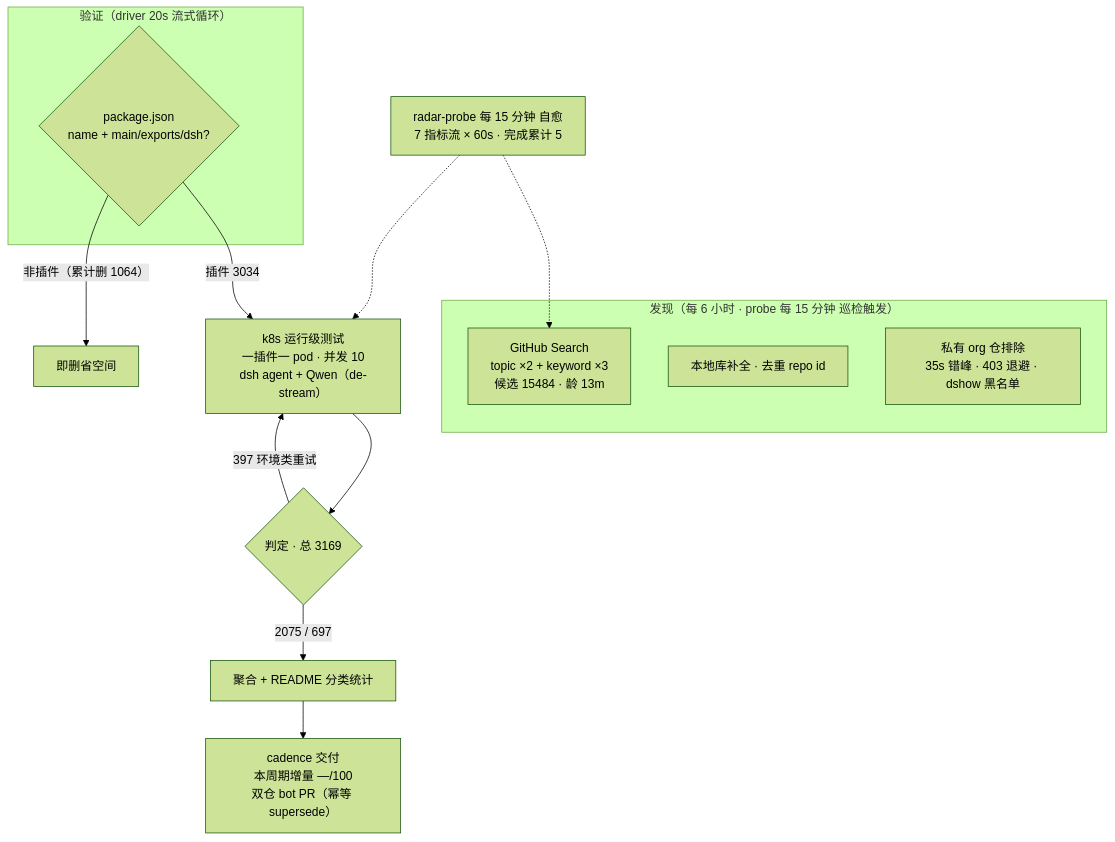
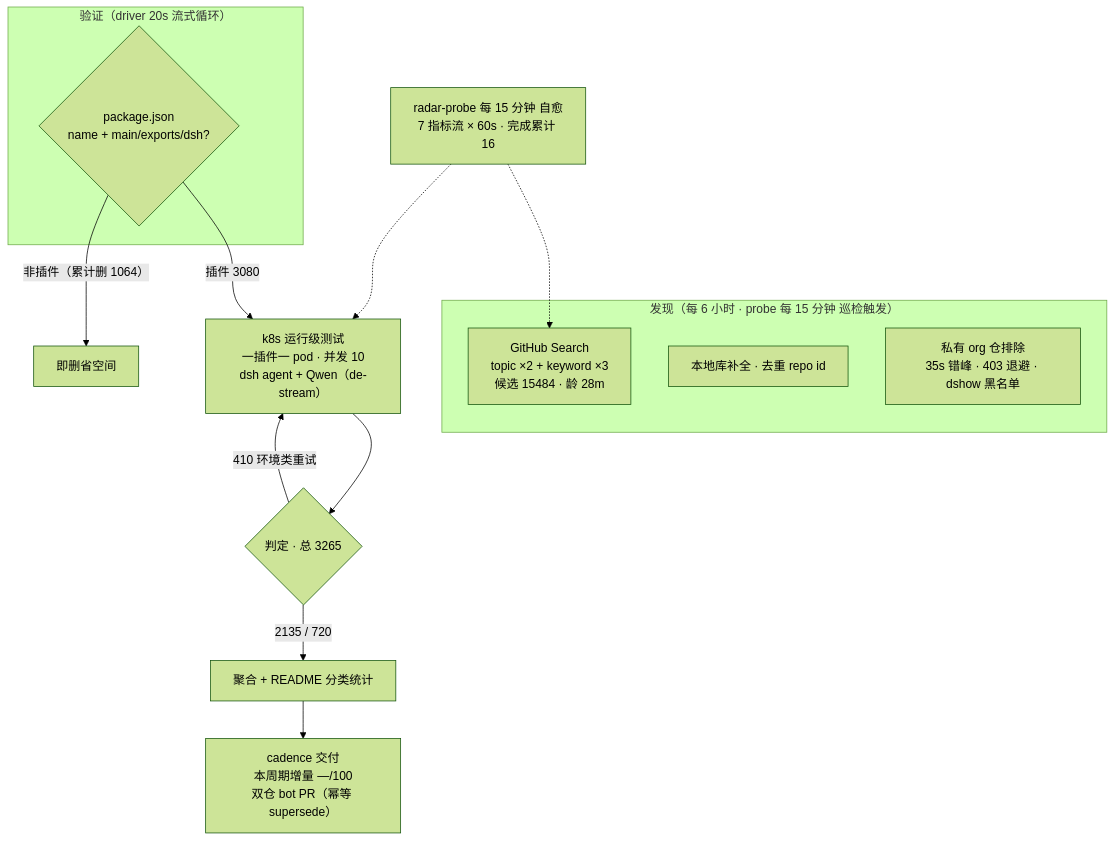
Before and after one commit to Zhidao-Lab-OSS/awesome-dsh-plugins: the diagram in README.md, drawn with Mermaid (forest theme). The commit also changed other lines of this file and 1 other file, not shown here.

````diff
--- a/README.md
+++ b/README.md
@@ -37,20 +37,20 @@
 ```mermaid
 flowchart TB
     subgraph Discovery["发现（每 6 小时 · probe 每 15 分钟 巡检触发）"]
-        A1["GitHub Search<br/>topic ×2 + keyword ×3<br/>候选 15484 · 龄 13m"]
+        A1["GitHub Search<br/>topic ×2 + keyword ×3<br/>候选 15484 · 龄 28m"]
         A2["本地库补全 · 去重 repo id"]
         A3["私有 org 仓排除<br/>35s 错峰 · 403 退避 · dshow 黑名单"]
     end
     subgraph Validation["验证（driver 20s 流式循环）"]
         B1{"package.json<br/>name + main/exports/dsh?"}
     end
-    B1 -->|"插件 3034"| C1["k8s 运行级测试<br/>一插件一 pod · 并发 10<br/>dsh agent + Qwen（de-stream）"]
+    B1 -->|"插件 3080"| C1["k8s 运行级测试<br/>一插件一 pod · 并发 10<br/>dsh agent + Qwen（de-stream）"]
     B1 -->|"非插件（累计删 1064）"| B3["即删省空间"]
-    C1 --> D1{"判定 · 总 3169"}
-    D1 -->|"2075 / 697"| E1["聚合 + README 分类统计"]
-    D1 -->|"397 环境类重试"| C1
+    C1 --> D1{"判定 · 总 3265"}
+    D1 -->|"2135 / 720"| E1["聚合 + README 分类统计"]
+    D1 -->|"410 环境类重试"| C1
     E1 --> E2["cadence 交付<br/>本周期增量 —/100<br/>双仓 bot PR（幂等 supersede）"]
-    M["radar-probe 每 15 分钟 自愈<br/>7 指标流 × 60s · 完成累计 5"]
+    M["radar-probe 每 15 分钟 自愈<br/>7 指标流 × 60s · 完成累计 16"]
     M -.-> A1
     M -.-> C1
 ```
````
